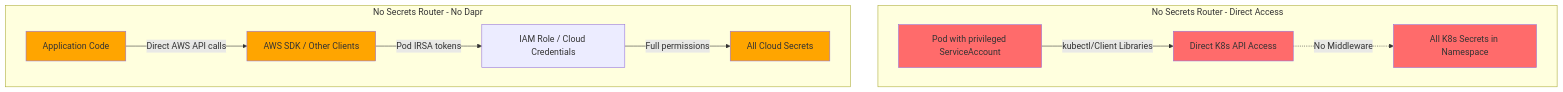
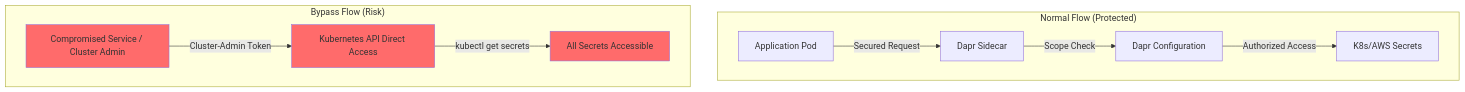
The third of 3 diagrams in docs/SECRET_ROUTER_DAPR_INTEGRATION.md (caretak3r/secrets-router), drawn with Mermaid before and after one commit. The commit also changed other lines of this file and 12 other files, not shown here.

````diff
--- a/docs/SECRET_ROUTER_DAPR_INTEGRATION.md
+++ b/docs/SECRET_ROUTER_DAPR_INTEGRATION.md
@@ -512,29 +405,26 @@
 ```mermaid
 graph TB
-    subgraph "No Secrets Router - Direct Access"
-        PODO[Pod with privileged ServiceAccount]
-        K8S_API2[Direct K8s API Access]
-        NATIVE_SECRETS[All K8s Secrets in Namespace]
+    subgraph "Normal Flow (Protected)"
+        APP[Application Pod]
+        DAPR[Dapr Sidecar]
+        DAPR_CONFIG[Dapr Configuration]
+        SECRETS[K8s/AWS Secrets]
         
-        PODO -->|kubectl/Client Libraries| K8S_API2
-        K8S_API2 -.->|No Middleware| NATIVE_SECRETS
+        APP -->|Secured Request| DAPR
+        DAPR -->|Scope Check| DAPR_CONFIG
+        DAPR_CONFIG -->|Authorized Access| SECRETS
     end
     
-    subgraph "No Secrets Router - No Dapr"
-        APP2[Application Code]
-        SDK[AWS SDK / Other Clients]
-        CLOUD_CREDS[IAM Role / Cloud Credentials]
-        CLOUD_SECRETS[All Cloud Secrets]
+    subgraph "Bypass Flow (Risk)"
+        BAD_ACTOR[Compromised Service / Cluster Admin]
+        K8S_API[Kubernetes API Direct Access]
+        ALL_SECRETS[All Secrets Accessible]
         
-        APP2 -->|Direct AWS API calls| SDK
-        SDK -->|Pod IRSA tokens| CLOUD_CREDS
-        CLOUD_CREDS -->|Full permissions| CLOUD_SECRETS
+        BAD_ACTOR -->|Cluster-Admin Token| K8S_API
+        K8S_API -->|kubectl get secrets| ALL_SECRETS
     end
     
-    style PODO fill:#ff6b6b
-    style K8S_API2 fill:#ff6b6b
-    style NATIVE_SECRETS fill:#ff6b6b
-    style APP2 fill:#ffa500
-    style SDK fill:#ffa500
-    style CLOUD_SECRETS fill:#ffa500
+    style BAD_ACTOR fill:#ff6b6b
+    style K8S_API fill:#ff6b6b
+    style ALL_SECRETS fill:#ff6b6b
 ```
````
